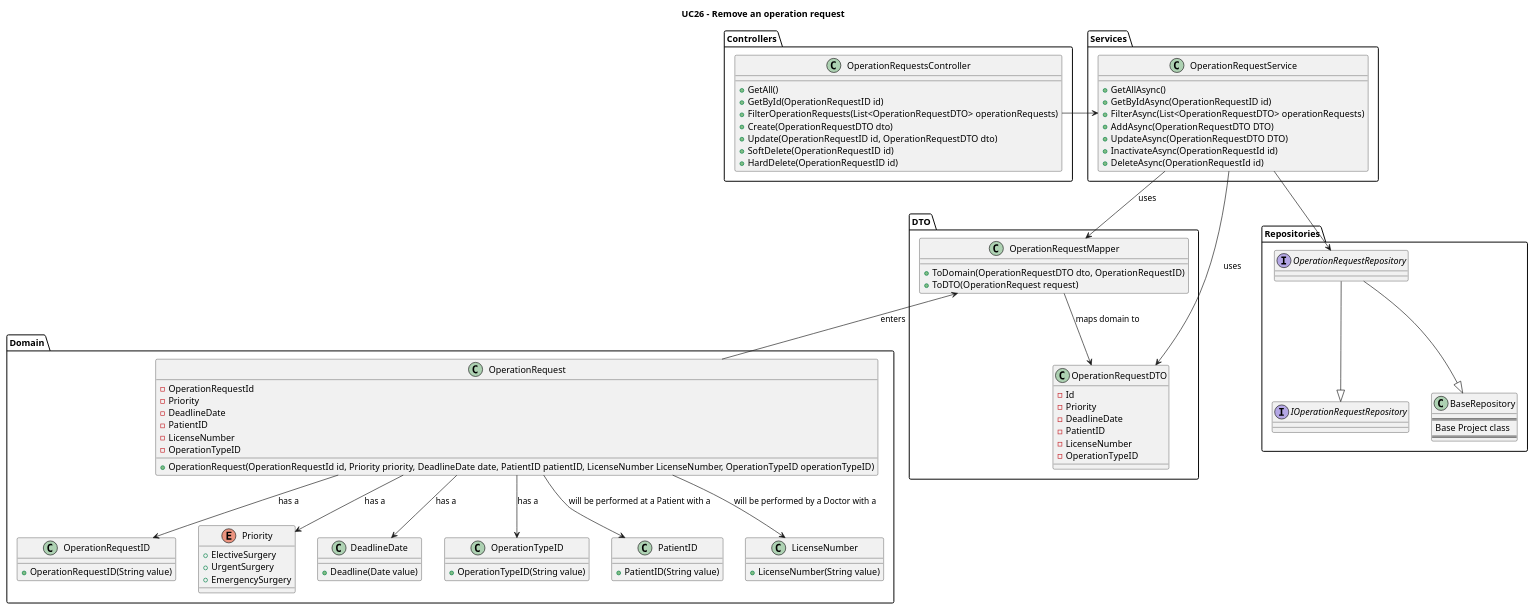
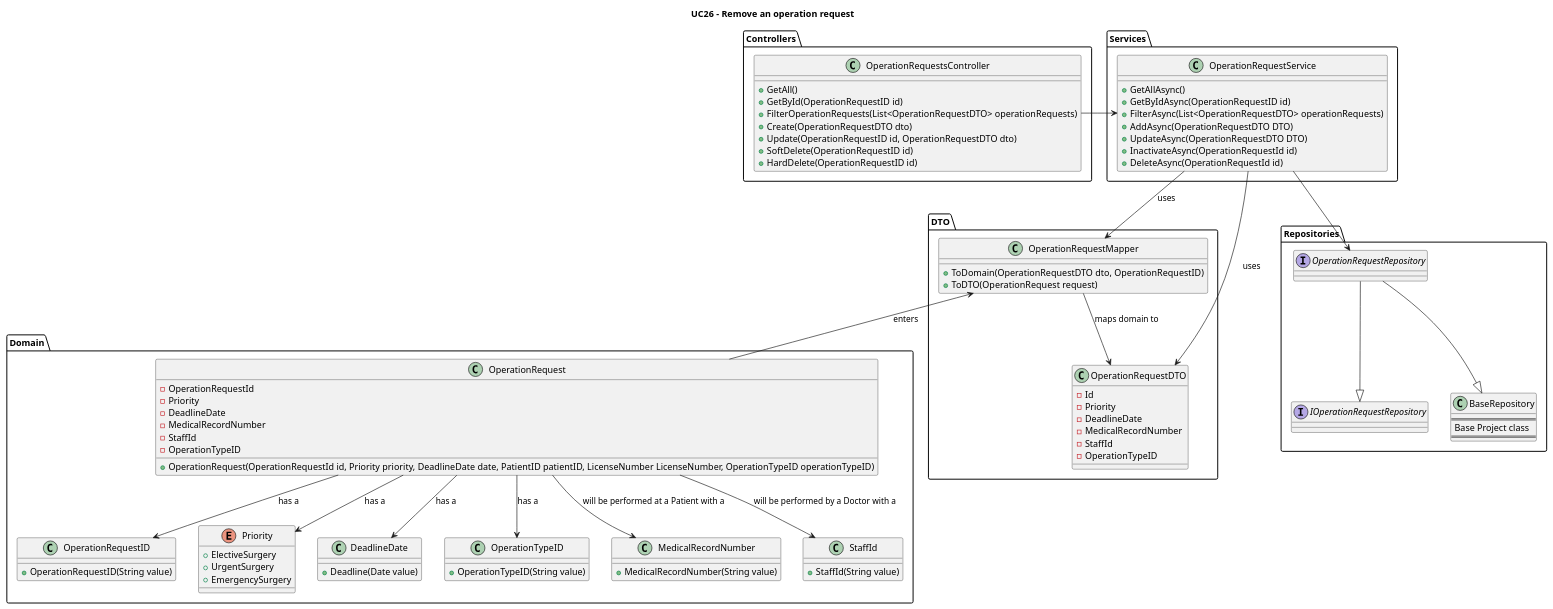
One commit to MiguelCardoso77/SurgicalSync-BackEnd changed the diagram in Wiki/SprintA/diagrams/use-cases/26-remove-an-operation-requisition/class-diagram.puml. Above: the diagram before and after it, drawn with PlantUML. The commit also changed 1 other file, not shown here.

Commit message:
#18 class diagram

```diff
--- a/Wiki/SprintA/diagrams/use-cases/26-remove-an-operation-requisition/class-diagram.puml
+++ b/Wiki/SprintA/diagrams/use-cases/26-remove-an-operation-requisition/class-diagram.puml
@@ -1,123 +1,123 @@
 @startuml
 
 Title "UC26 - Remove an operation request"
 
 package "Domain"{
 
 class OperationRequest{
     - OperationRequestId
     - Priority
     - DeadlineDate
-    - PatientID
-    - LicenseNumber
+    - MedicalRecordNumber
+    - StaffId
     - OperationTypeID
     + OperationRequest(OperationRequestId id, Priority priority, DeadlineDate date, PatientID patientID, LicenseNumber LicenseNumber, OperationTypeID operationTypeID)
 }
 
 class OperationRequestID{
     + OperationRequestID(String value)
 }
 
 Enum Priority{
     + ElectiveSurgery
     + UrgentSurgery
     + EmergencySurgery
 }
 
 class DeadlineDate{
     + Deadline(Date value)
 }
 
 class OperationTypeID{
     + OperationTypeID(String value)
 }
 
-class PatientID{
-    + PatientID(String value)
+class MedicalRecordNumber{
+    + MedicalRecordNumber(String value)
 }
 
-class LicenseNumber{
-    + LicenseNumber(String value)
+class StaffId{
+    + StaffId(String value)
 }
 
 }
 
 package "DTO"{
 
 class OperationRequestDTO{
     - Id
     - Priority
     - DeadlineDate
-    - PatientID
-    - LicenseNumber
+    - MedicalRecordNumber
+    - StaffId
     - OperationTypeID
 }
 
 class OperationRequestMapper{
     + ToDomain(OperationRequestDTO dto, OperationRequestID)
     + ToDTO(OperationRequest request)
 }
 }
 
 package "Controllers"{
 
 class OperationRequestsController{
     + GetAll()
     + GetById(OperationRequestID id)
     + FilterOperationRequests(List<OperationRequestDTO> operationRequests)
     + Create(OperationRequestDTO dto)
     + Update(OperationRequestID id, OperationRequestDTO dto)
     + SoftDelete(OperationRequestID id)
     + HardDelete(OperationRequestID id)
 }
 
 }
 
 package "Services"{
     class OperationRequestService{
         + GetAllAsync()
         + GetByIdAsync(OperationRequestID id)
         + FilterAsync(List<OperationRequestDTO> operationRequests)
         + AddAsync(OperationRequestDTO DTO)
         + UpdateAsync(OperationRequestDTO DTO)
         + InactivateAsync(OperationRequestId id)
         + DeleteAsync(OperationRequestId id)
     }
 }
 
 package "Repositories"{
 
 interface IOperationRequestRepository{
 }
 
 interface OperationRequestRepository{
 }
 
 class BaseRepository{
 ====
 Base Project class
 ====
 }
 
 }
 
 OperationRequestsController -> OperationRequestService
 OperationRequestService --> OperationRequestMapper : uses
 OperationRequestService --> OperationRequestDTO : uses
 
 OperationRequestMapper --> OperationRequestDTO : maps domain to
 OperationRequestMapper <-- OperationRequest : enters
 
 OperationRequest --> OperationRequestID : has a
 OperationRequest --> Priority : has a
 OperationRequest --> DeadlineDate : has a
-OperationRequest --> PatientID : will be performed at a Patient with a 
-OperationRequest --> LicenseNumber : will be performed by a Doctor with a
+OperationRequest --> MedicalRecordNumber : will be performed at a Patient with a 
+OperationRequest --> StaffId : will be performed by a Doctor with a
 OperationRequest --> OperationTypeID : has a
 
 OperationRequestService --> OperationRequestRepository
 
 OperationRequestRepository --|> BaseRepository
 OperationRequestRepository --|> IOperationRequestRepository
 
 @enduml
```
